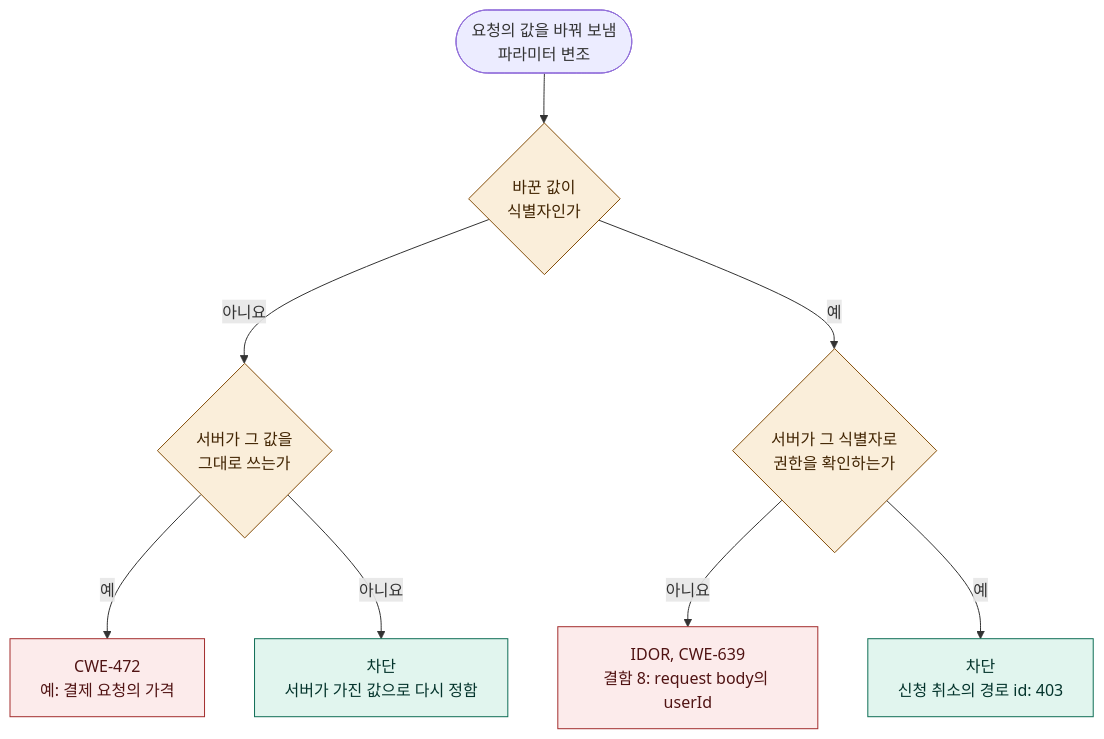
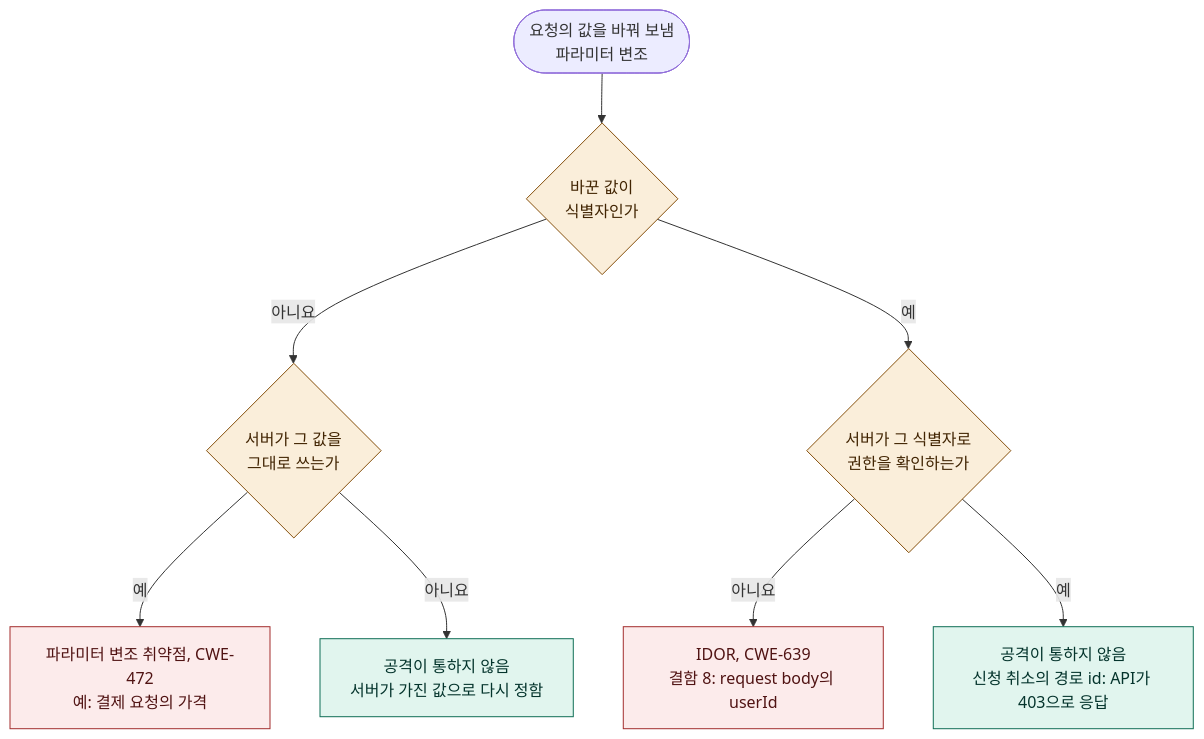
The third of 4 diagrams in docs/diagnosis/defect-8.md (loquemedalagana/secure-enroll-demo), drawn with Mermaid before and after one commit. The commit also changed other lines of this file and 1 other file, not shown here.

First line of the commit message:
docs: 결함 8 보고서 3.6절에서 파라미터 변조를 공격 방법으로만 적은 문장을 고침

````diff
--- a/docs/diagnosis/defect-8.md
+++ b/docs/diagnosis/defect-8.md
@@ -231,17 +230,17 @@
 ```mermaid
 flowchart TD
   t(["요청의 값을 바꿔 보냄<br/>파라미터 변조"]) --> q1{"바꾼 값이<br/>식별자인가"}
   q1 -- 아니요 --> q2{"서버가 그 값을<br/>그대로 쓰는가"}
-  q2 -- 예 --> v1["CWE-472<br/>예: 결제 요청의 가격"]
-  q2 -- 아니요 --> b1["차단<br/>서버가 가진 값으로 다시 정함"]
+  q2 -- 예 --> v1["파라미터 변조 취약점, CWE-472<br/>예: 결제 요청의 가격"]
+  q2 -- 아니요 --> b1["공격이 통하지 않음<br/>서버가 가진 값으로 다시 정함"]
   q1 -- 예 --> q3{"서버가 그 식별자로<br/>권한을 확인하는가"}
   q3 -- 아니요 --> v2["IDOR, CWE-639<br/>결함 8: request body의 userId"]
-  q3 -- 예 --> b2["차단<br/>신청 취소의 경로 id: 403"]
+  q3 -- 예 --> b2["공격이 통하지 않음<br/>신청 취소의 경로 id: API가 403으로 응답"]
 
   classDef safe fill:#E1F5EE,stroke:#0F6E56,color:#04342C
   classDef danger fill:#FCEBEB,stroke:#A32D2D,color:#501313
   classDef check fill:#FAEEDA,stroke:#854F0B,color:#412402
   class v1,v2 danger
   class b1,b2 safe
   class q1,q2,q3 check
 ```
````
